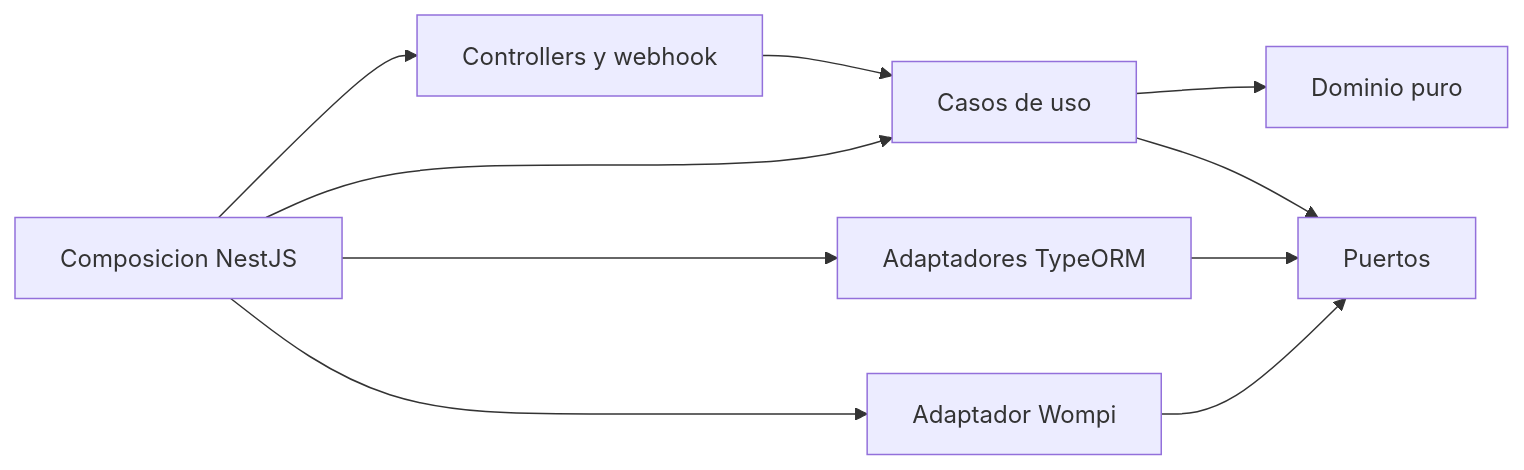
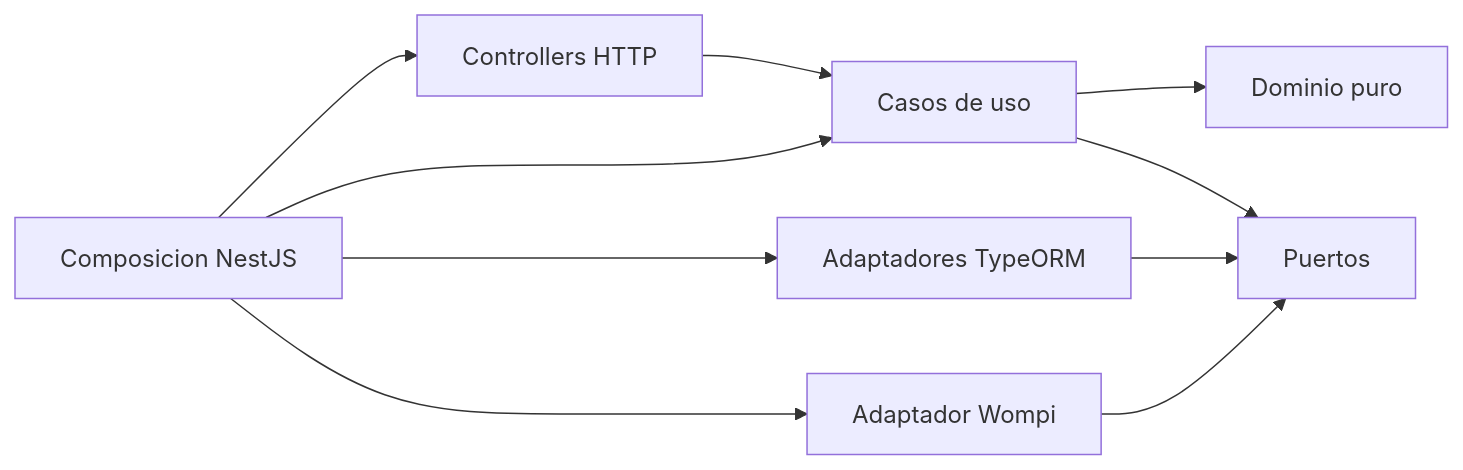
Before and after one commit to Jhon32-hue/nodo-checkout: the diagram in docs/checkout-flow.md, drawn with Mermaid. The commit also changed other lines of this file and 3 other files, not shown here.

Commit message:
docs: present checkout architecture and evaluation guide

````diff
--- a/docs/checkout-flow.md
+++ b/docs/checkout-flow.md
@@ -26,12 +26,12 @@
 ```mermaid
 flowchart LR
-    HTTP[Controllers y webhook] --> APP[Casos de uso]
+    HTTP[Controllers HTTP] --> APP[Casos de uso]
     APP --> DOMAIN[Dominio puro]
     APP --> PORTS[Puertos]
     SQL[Adaptadores TypeORM] --> PORTS
     W[Adaptador Wompi] --> PORTS
     N[Composicion NestJS] --> HTTP
     N --> APP
     N --> SQL
     N --> W
 ```
````
